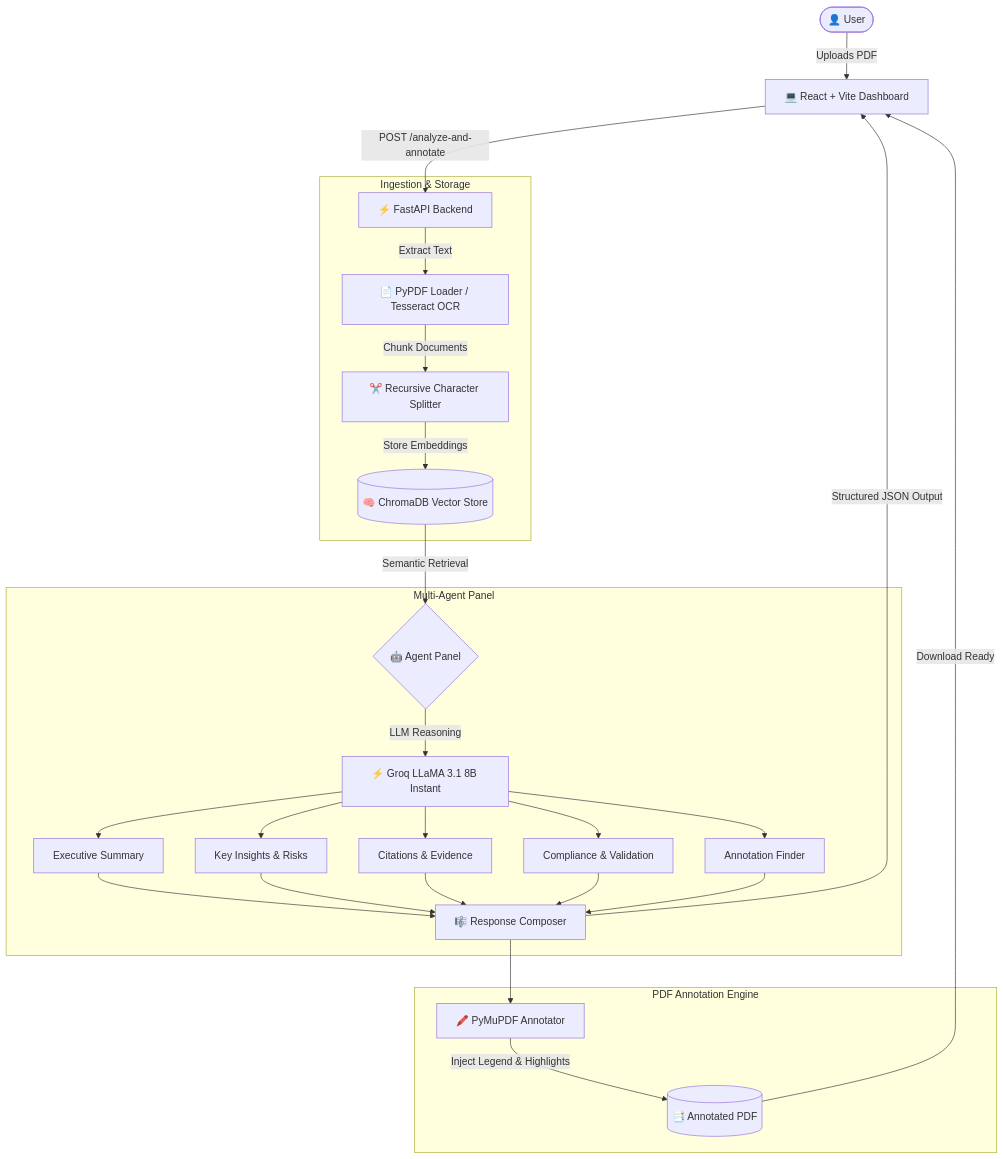
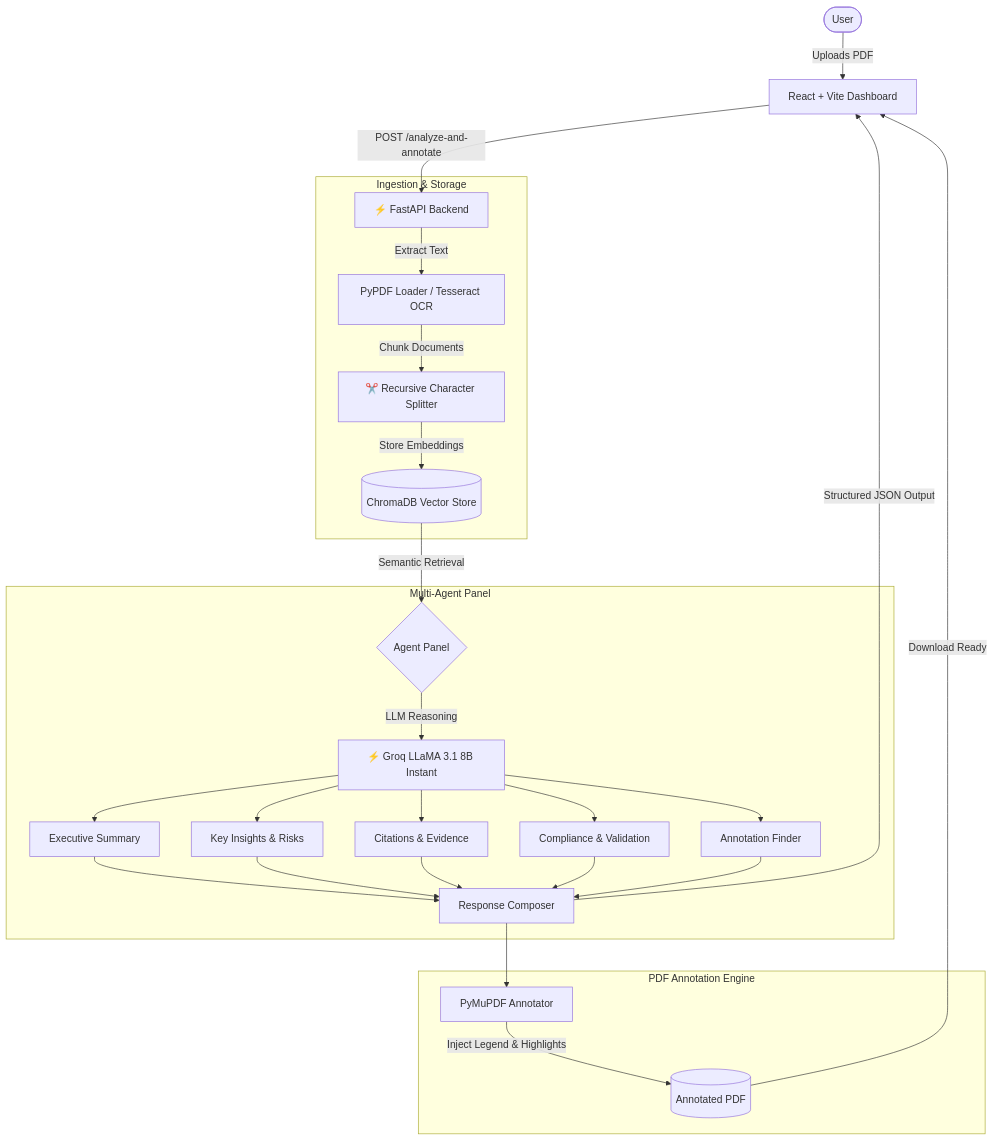
One commit to aryangupta-19/docIntel-Ai changed the diagram in README.md. Above: the diagram before and after it, drawn with Mermaid. The commit also changed other lines of this file and 1 other file, not shown here.

````diff
--- a/README.md
+++ b/README.md
@@ -58,30 +58,30 @@
 ```mermaid
 flowchart TD
-    User([👤 User]) -->|Uploads PDF| UI[💻 React + Vite Dashboard]
+    User([User]) -->|Uploads PDF| UI[React + Vite Dashboard]
     UI -->|POST /analyze-and-annotate| API[⚡ FastAPI Backend]
 
     subgraph Ingestion & Storage
-        API -->|Extract Text| Loader[📄 PyPDF Loader / Tesseract OCR]
+        API -->|Extract Text| Loader[PyPDF Loader / Tesseract OCR]
         Loader -->|Chunk Documents| Splitter[✂️ Recursive Character Splitter]
-        Splitter -->|Store Embeddings| Chroma[(🧠 ChromaDB Vector Store)]
+        Splitter -->|Store Embeddings| Chroma[(ChromaDB Vector Store)]
     end
 
     subgraph Multi-Agent Panel
-        Chroma -->|Semantic Retrieval| Agents{🤖 Agent Panel}
+        Chroma -->|Semantic Retrieval| Agents{Agent Panel}
         Agents -->|LLM Reasoning| Groq[⚡ Groq LLaMA 3.1 8B Instant]
         Groq --> Summary[Executive Summary]
         Groq --> Insights[Key Insights & Risks]
         Groq --> Citations[Citations & Evidence]
         Groq --> Compliance[Compliance & Validation]
         Groq --> Annotations[Annotation Finder]
-        Summary & Insights & Citations & Compliance & Annotations --> Composer[🎼 Response Composer]
+        Summary & Insights & Citations & Compliance & Annotations --> Composer[Response Composer]
     end
 
     subgraph PDF Annotation Engine
-        Composer --> Annotator[🖍️ PyMuPDF Annotator]
-        Annotator -->|Inject Legend & Highlights| AnnotatedPDF[(📑 Annotated PDF)]
+        Composer --> Annotator[PyMuPDF Annotator]
+        Annotator -->|Inject Legend & Highlights| AnnotatedPDF[(Annotated PDF)]
     end
 
     AnnotatedPDF -->|Download Ready| UI
     Composer -->|Structured JSON Output| UI
 ```
````
